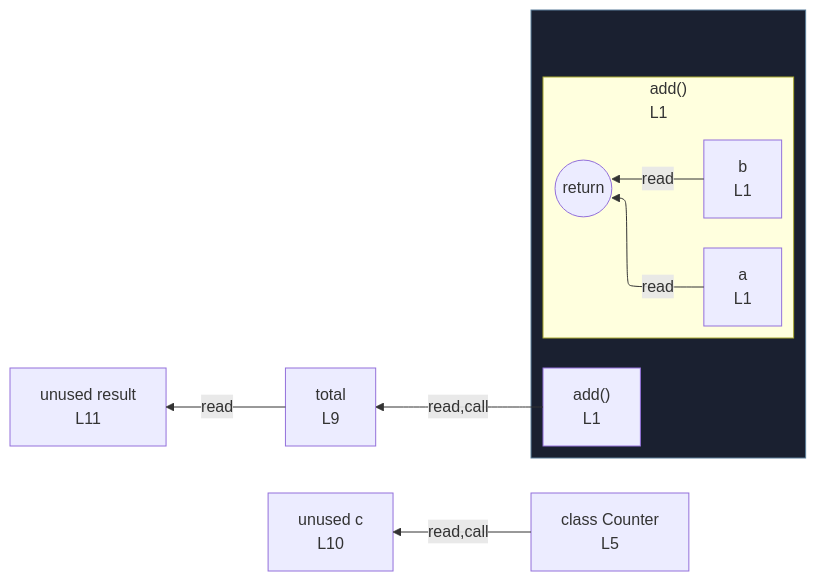
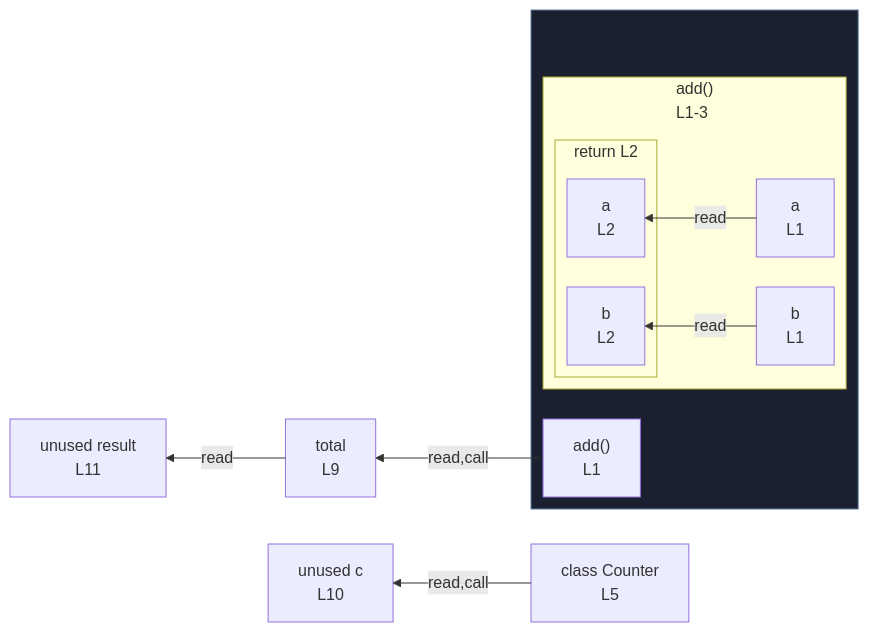
Before and after one commit to crescware/unsnarl: the diagram in integration/fixtures/function-and-class/preview.md, drawn with Mermaid. The commit also changed 125 other files, not shown here.

````diff
--- a/integration/fixtures/function-and-class/preview.md
+++ b/integration/fixtures/function-and-class/preview.md
@@ -21,25 +21,29 @@
 ```mermaid
 %%{init: {"flowchart": {"defaultRenderer": "elk"}}}%%
 flowchart RL
   n_scope_0_Counter_62["class Counter<br/>L5"]
   n_scope_0_total_94["total<br/>L9"]
   n_scope_0_c_119["unused c<br/>L10"]
   n_scope_0_result_144["unused result<br/>L11"]
   subgraph wrap_s_scope_1[" "]
     direction TB
     n_scope_0_add_9["add()<br/>L1"]
-    subgraph s_scope_1["add()<br/>L1"]
+    subgraph s_scope_1["add()<br/>L1-3"]
       direction RL
-      return_scope_0_add_9((return))
       n_scope_1_a_13["a<br/>L1"]
       n_scope_1_b_24["b<br/>L1"]
+      subgraph s_return_scope_0_add_9["return L2"]
+        direction RL
+        ret_use_ref_0["a<br/>L2"]
+        ret_use_ref_1["b<br/>L2"]
+      end
     end
   end
-  n_scope_1_a_13 -->|read| return_scope_0_add_9
-  n_scope_1_b_24 -->|read| return_scope_0_add_9
+  n_scope_1_a_13 -->|read| ret_use_ref_0
+  n_scope_1_b_24 -->|read| ret_use_ref_1
   n_scope_0_add_9 -->|read,call| n_scope_0_total_94
   n_scope_0_Counter_62 -->|read,call| n_scope_0_c_119
   n_scope_0_total_94 -->|read| n_scope_0_result_144
   classDef fnWrap fill:#1a2030,stroke:#5a7d99;
   class wrap_s_scope_1 fnWrap;
 ```
````
